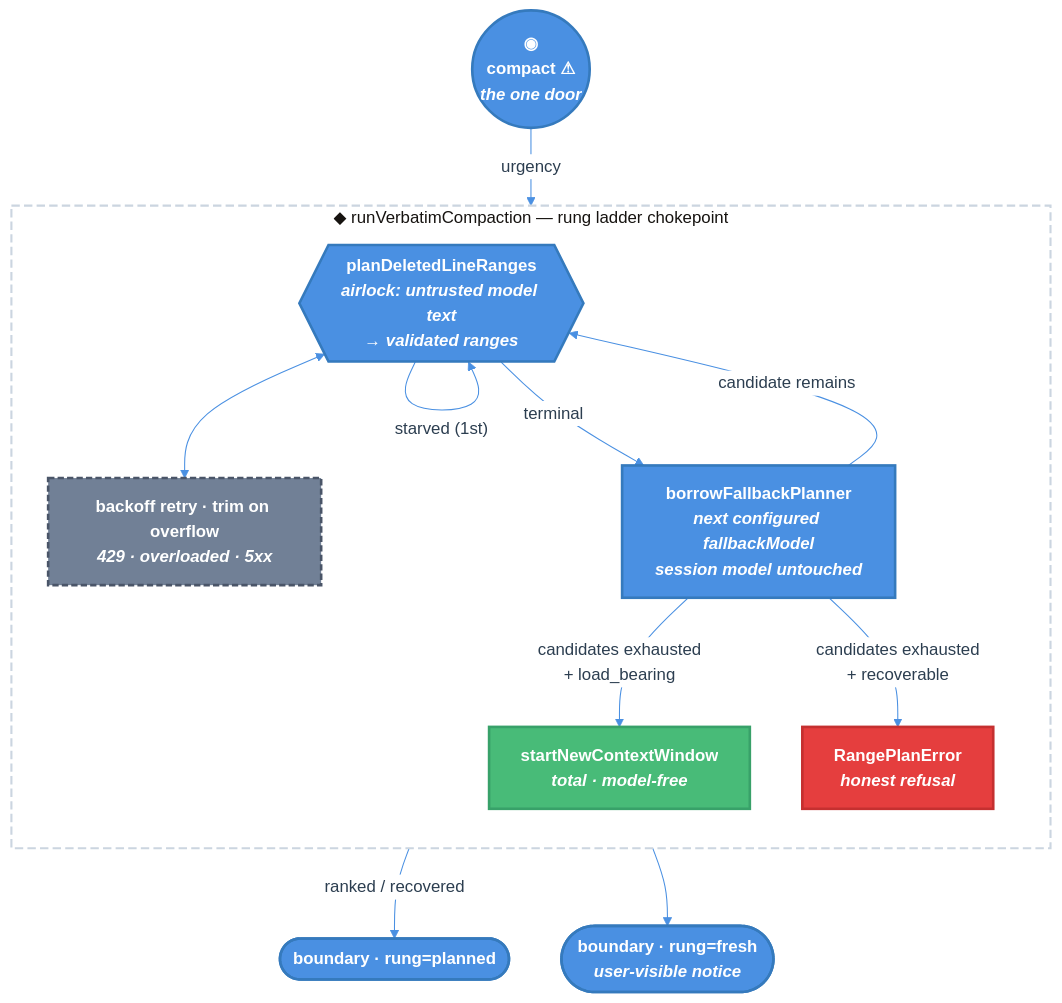
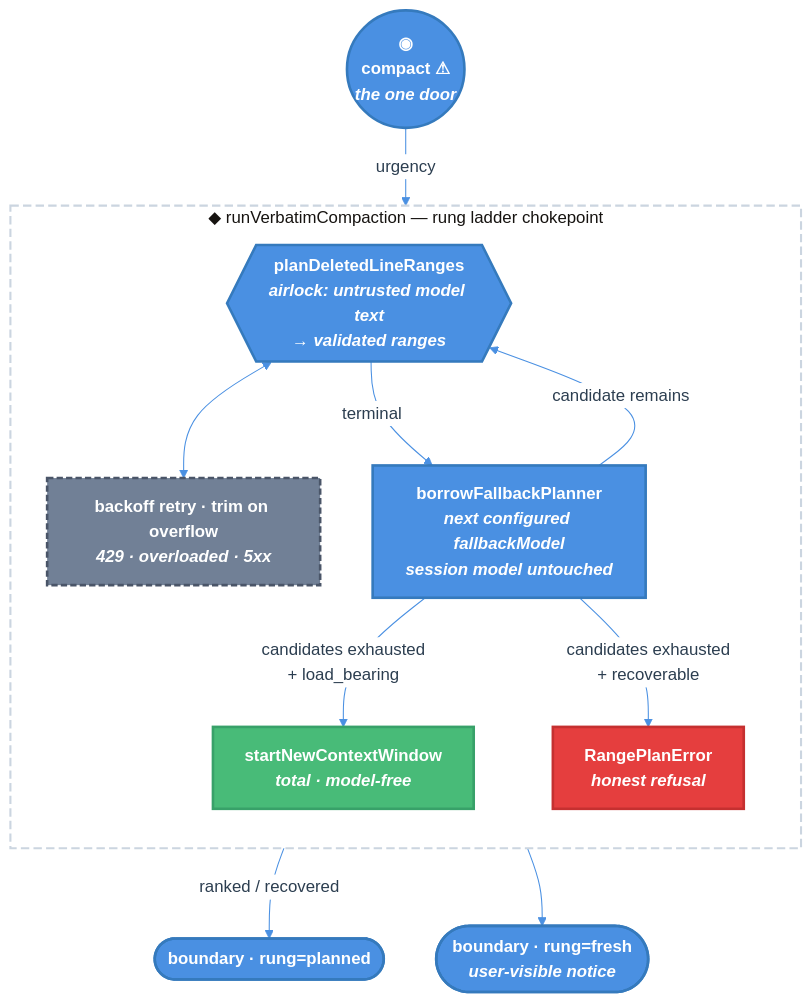
One commit to bastani-inc/atomic changed the diagram in specs/2026-07-27-compaction-fallback-rungs.md. Above: the diagram before and after it, drawn with Mermaid. The commit also changed other lines of this file, not shown here.

````diff
--- a/specs/2026-07-27-compaction-fallback-rungs.md
+++ b/specs/2026-07-27-compaction-fallback-rungs.md
@@ -156,30 +160,29 @@
 ```mermaid
 %%{init: {'theme':'base', 'themeVariables': { 'primaryColor':'#f8f9fa','primaryTextColor':'#2c3e50','primaryBorderColor':'#4a5568','lineColor':'#4a90e2','secondaryColor':'#ffffff','tertiaryColor':'#e9ecef','clusterBkg':'#ffffff','clusterBorder':'#cbd5e0'}}}%%
 flowchart TB
     classDef door fill:#4a90e2,stroke:#357abd,stroke-width:2.5px,color:#fff,font-weight:600
     classDef pure fill:#48bb78,stroke:#38a169,stroke-width:2.5px,color:#fff,font-weight:600
     classDef ext fill:#718096,stroke:#4a5568,stroke-width:2.5px,color:#fff,font-weight:600,stroke-dasharray:6 3
     classDef fail fill:#e53e3e,stroke:#c53030,stroke-width:2.5px,color:#fff,font-weight:600
 
     Caller(("◉<br><b>compact</b> ⚠<br><i>the one door</i>")):::door
 
     subgraph Ladder["◆ runVerbatimCompaction — rung ladder chokepoint"]
         direction TB
         Plan{{"<b>planDeletedLineRanges</b><br><i>airlock: untrusted model text<br>→ validated ranges</i>"}}:::door
         Retry["backoff retry · trim on overflow<br><i>429 · overloaded · 5xx</i>"]:::ext
         Borrow["<b>borrowFallbackPlanner</b><br><i>next configured fallbackModel<br>session model untouched</i>"]:::door
         Fresh["<b>startNewContextWindow</b><br><i>total · model-free</i>"]:::pure
         Fail["RangePlanError<br><i>honest refusal</i>"]:::fail
     end
 
     Caller -->|"urgency"| Plan
     Plan <--> Retry
     Plan -->|"ranked / recovered"| Done(["boundary · rung=planned"]):::door
-    Plan -->|"starved (1st)"| Plan
     Plan -->|"terminal"| Borrow
     Borrow -->|"candidate remains"| Plan
     Borrow -->|"candidates exhausted<br>+ load_bearing"| Fresh
     Borrow -->|"candidates exhausted<br>+ recoverable"| Fail
     Fresh --> Done2(["boundary · rung=fresh<br><i>user-visible notice</i>"]):::door
     style Ladder fill:#fff,stroke:#cbd5e0,stroke-width:2px,stroke-dasharray:8 4
 ```
````
